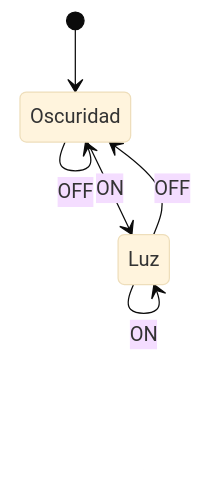
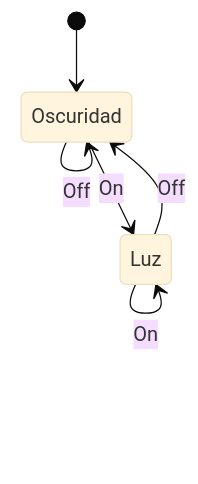
The diagram in Lógica y Estructuras Discretas/Máquina de Moore.md (martinstanicio/ingenieria-en-sistemas), drawn with Mermaid (base theme) before and after one commit. The commit also changed other lines of this file and 3 other files, not shown here.

````diff
--- a/Lógica y Estructuras Discretas/Máquina de Moore.md
+++ b/Lógica y Estructuras Discretas/Máquina de Moore.md
@@ -15,8 +15,8 @@
 ```mermaid
 stateDiagram
     [*] --> Oscuridad
-    Oscuridad --> Oscuridad: OFF
-    Oscuridad --> Luz: ON
-    Luz --> Oscuridad: OFF
-    Luz --> Luz: ON
+    Oscuridad --> Oscuridad: Off
+    Oscuridad --> Luz: On
+    Luz --> Oscuridad: Off
+    Luz --> Luz: On
 ```
````
